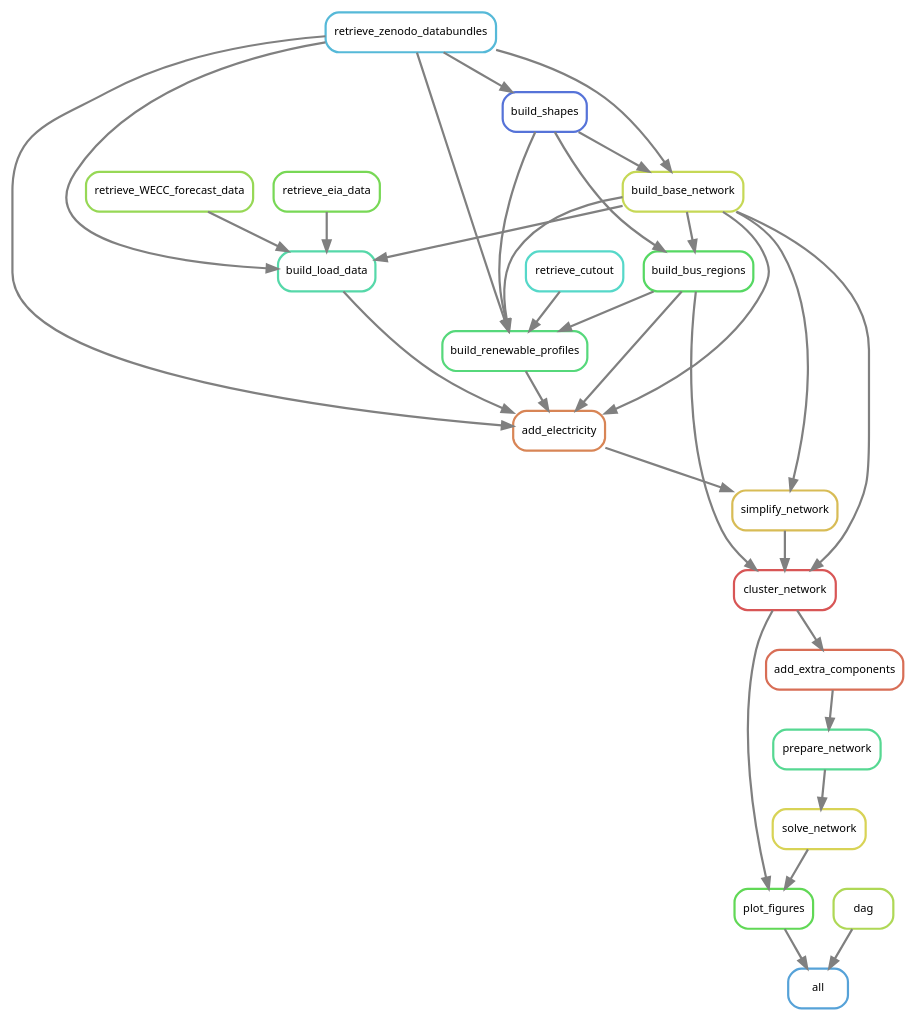
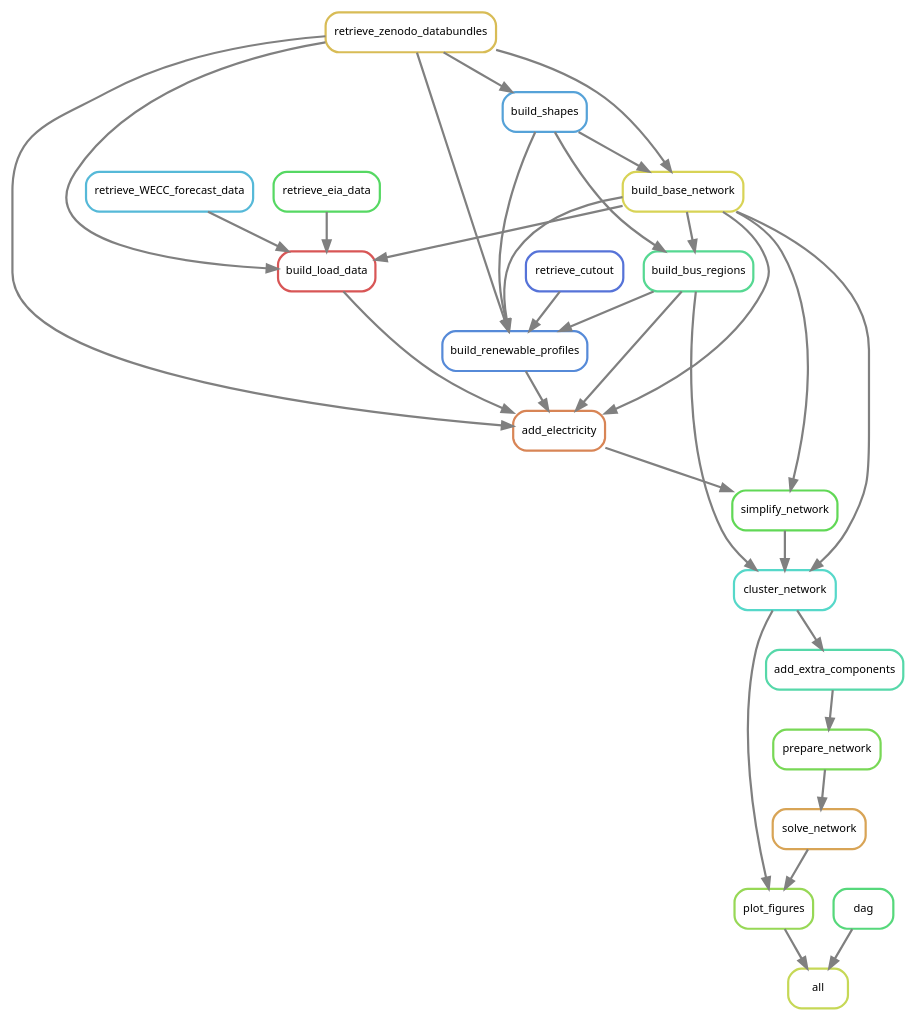
One commit to PyPSA/pypsa-usa changed the diagram in workflow/repo_data/dag.dot. Above: the diagram before and after it, drawn with Graphviz. The commit also changed 1 other file, not shown here.

```diff
--- a/workflow/repo_data/dag.dot
+++ b/workflow/repo_data/dag.dot
@@ -1,54 +1,54 @@
 digraph snakemake_dag {
     graph[bgcolor=white, margin=0];
     node[shape=box, style=rounded, fontname=sans,                 fontsize=10, penwidth=2];
     edge[penwidth=2, color=grey];
-	0[label = "all", color = "0.57 0.6 0.85", style="rounded"];
-	1[label = "plot_figures", color = "0.32 0.6 0.85", style="rounded"];
-	2[label = "solve_network", color = "0.16 0.6 0.85", style="rounded"];
-	3[label = "prepare_network", color = "0.41 0.6 0.85", style="rounded"];
-	4[label = "add_extra_components", color = "0.03 0.6 0.85", style="rounded"];
-	5[label = "cluster_network", color = "0.00 0.6 0.85", style="rounded"];
-	6[label = "simplify_network", color = "0.13 0.6 0.85", style="rounded"];
-	7[label = "build_base_network", color = "0.19 0.6 0.85", style="rounded"];
-	8[label = "retrieve_zenodo_databundles", color = "0.54 0.6 0.85", style="rounded"];
-	9[label = "build_shapes", color = "0.63 0.6 0.85", style="rounded"];
+	0[label = "all", color = "0.19 0.6 0.85", style="rounded"];
+	1[label = "plot_figures", color = "0.25 0.6 0.85", style="rounded"];
+	2[label = "solve_network", color = "0.10 0.6 0.85", style="rounded"];
+	3[label = "prepare_network", color = "0.29 0.6 0.85", style="rounded"];
+	4[label = "add_extra_components", color = "0.44 0.6 0.85", style="rounded"];
+	5[label = "cluster_network", color = "0.48 0.6 0.85", style="rounded"];
+	6[label = "simplify_network", color = "0.32 0.6 0.85", style="rounded"];
+	7[label = "build_base_network", color = "0.16 0.6 0.85", style="rounded"];
+	8[label = "retrieve_zenodo_databundles", color = "0.13 0.6 0.85", style="rounded"];
+	9[label = "build_shapes", color = "0.57 0.6 0.85", style="rounded"];
 	10[label = "add_electricity", color = "0.06 0.6 0.85", style="rounded"];
-	11[label = "build_renewable_profiles", color = "0.38 0.6 0.85", style="rounded"];
-	12[label = "build_bus_regions", color = "0.35 0.6 0.85", style="rounded"];
-	13[label = "retrieve_cutout", color = "0.48 0.6 0.85", style="rounded"];
-	14[label = "build_load_data", color = "0.44 0.6 0.85", style="rounded"];
-	15[label = "retrieve_WECC_forecast_data", color = "0.25 0.6 0.85", style="rounded"];
-	16[label = "retrieve_eia_data", color = "0.29 0.6 0.85", style="rounded"];
-	17[label = "dag", color = "0.22 0.6 0.85", style="rounded"];
+	11[label = "build_renewable_profiles", color = "0.60 0.6 0.85", style="rounded"];
+	12[label = "build_bus_regions", color = "0.41 0.6 0.85", style="rounded"];
+	13[label = "retrieve_cutout", color = "0.63 0.6 0.85", style="rounded"];
+	14[label = "build_load_data", color = "0.00 0.6 0.85", style="rounded"];
+	15[label = "retrieve_WECC_forecast_data", color = "0.54 0.6 0.85", style="rounded"];
+	16[label = "retrieve_eia_data", color = "0.35 0.6 0.85", style="rounded"];
+	17[label = "dag", color = "0.38 0.6 0.85", style="rounded"];
 	17 -> 0
 	1 -> 0
+	5 -> 1
 	2 -> 1
-	5 -> 1
 	3 -> 2
 	4 -> 3
 	5 -> 4
 	7 -> 5
+	12 -> 5
 	6 -> 5
-	12 -> 5
 	7 -> 6
 	10 -> 6
+	9 -> 7
 	8 -> 7
-	9 -> 7
 	8 -> 9
+	7 -> 10
+	11 -> 10
 	12 -> 10
+	14 -> 10
 	8 -> 10
-	11 -> 10
-	14 -> 10
-	7 -> 10
+	7 -> 11
+	8 -> 11
+	9 -> 11
 	12 -> 11
-	8 -> 11
 	13 -> 11
-	9 -> 11
-	7 -> 11
 	7 -> 12
 	9 -> 12
+	7 -> 14
+	16 -> 14
 	8 -> 14
-	16 -> 14
-	7 -> 14
 	15 -> 14
 }            
```
